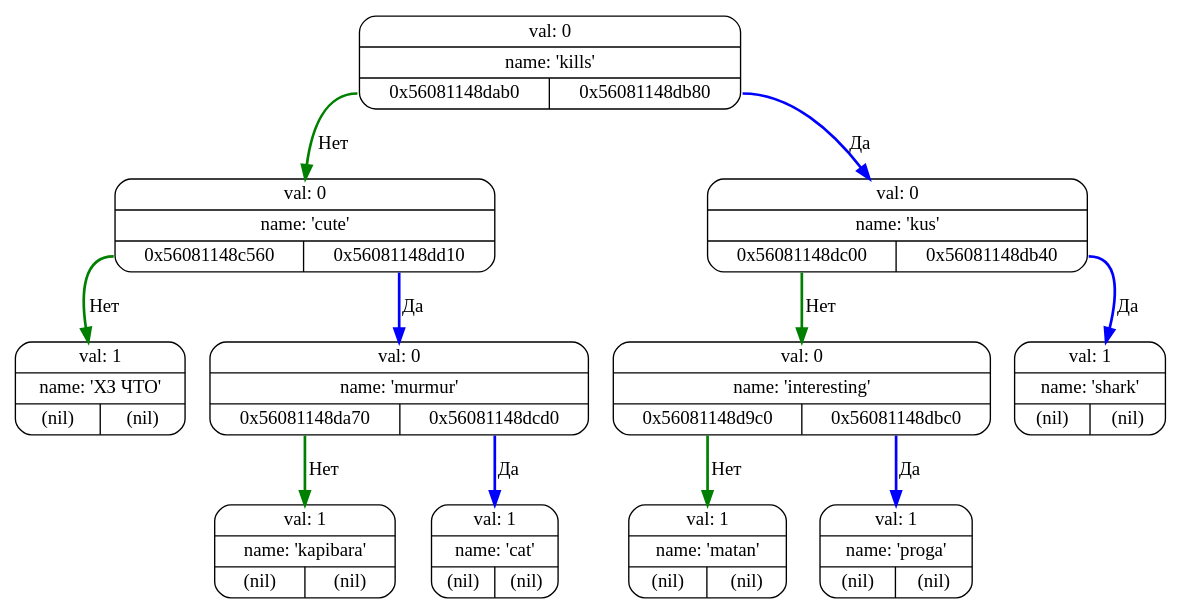
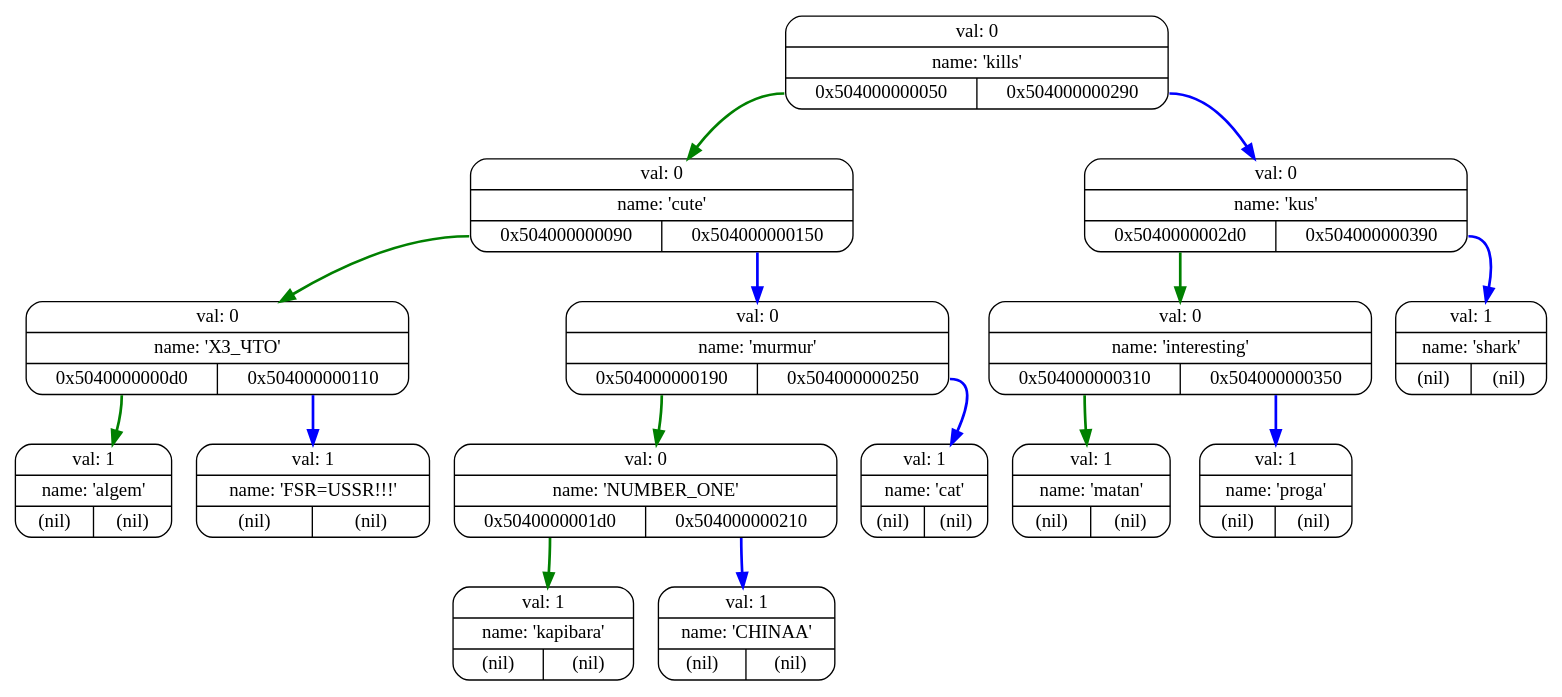
Before and after one commit to I1Va/akinator: the diagram in logs/graphviz_code_dir/0.dot, drawn with Graphviz. The commit also changed 17 other files, not shown here.

```diff
--- a/logs/graphviz_code_dir/0.dot
+++ b/logs/graphviz_code_dir/0.dot
@@ -1,24 +1,32 @@
 digraph G{
    rankdir=TB;
-   NODE0x56081148c560[pin=true,shape="Mrecord",label="{val: 1 | name: 'ХЗ ЧТО' | {<left> (nil) | <right> (nil)}}"];
-   NODE0x56081148d9c0[pin=true,shape="Mrecord",label="{val: 1 | name: 'matan' | {<left> (nil) | <right> (nil)}}"];
-   NODE0x56081148da00[pin=true,shape="Mrecord",label="{val: 0 | name: 'kills' | {<left> 0x56081148dab0 | <right> 0x56081148db80}}"];
-   NODE0x56081148da70[pin=true,shape="Mrecord",label="{val: 1 | name: 'kapibara' | {<left> (nil) | <right> (nil)}}"];
-   NODE0x56081148dab0[pin=true,shape="Mrecord",label="{val: 0 | name: 'cute' | {<left> 0x56081148c560 | <right> 0x56081148dd10}}"];
-   NODE0x56081148db40[pin=true,shape="Mrecord",label="{val: 1 | name: 'shark' | {<left> (nil) | <right> (nil)}}"];
-   NODE0x56081148db80[pin=true,shape="Mrecord",label="{val: 0 | name: 'kus' | {<left> 0x56081148dc00 | <right> 0x56081148db40}}"];
-   NODE0x56081148dbc0[pin=true,shape="Mrecord",label="{val: 1 | name: 'proga' | {<left> (nil) | <right> (nil)}}"];
-   NODE0x56081148dc00[pin=true,shape="Mrecord",label="{val: 0 | name: 'interesting' | {<left> 0x56081148d9c0 | <right> 0x56081148dbc0}}"];
-   NODE0x56081148dcd0[pin=true,shape="Mrecord",label="{val: 1 | name: 'cat' | {<left> (nil) | <right> (nil)}}"];
-   NODE0x56081148dd10[pin=true,shape="Mrecord",label="{val: 0 | name: 'murmur' | {<left> 0x56081148da70 | <right> 0x56081148dcd0}}"];
-   NODE0x56081148da00:left -> NODE0x56081148dab0 [color="green",penwidth=2,label="Нет"];
-   NODE0x56081148da00:right -> NODE0x56081148db80 [color="blue",penwidth=2,label="Да"];
-   NODE0x56081148dab0:left -> NODE0x56081148c560 [color="green",penwidth=2,label="Нет"];
-   NODE0x56081148dab0:right -> NODE0x56081148dd10 [color="blue",penwidth=2,label="Да"];
-   NODE0x56081148db80:left -> NODE0x56081148dc00 [color="green",penwidth=2,label="Нет"];
-   NODE0x56081148db80:right -> NODE0x56081148db40 [color="blue",penwidth=2,label="Да"];
-   NODE0x56081148dc00:left -> NODE0x56081148d9c0 [color="green",penwidth=2,label="Нет"];
-   NODE0x56081148dc00:right -> NODE0x56081148dbc0 [color="blue",penwidth=2,label="Да"];
-   NODE0x56081148dd10:left -> NODE0x56081148da70 [color="green",penwidth=2,label="Нет"];
-   NODE0x56081148dd10:right -> NODE0x56081148dcd0 [color="blue",penwidth=2,label="Да"];
+   NODE0x504000000010[pin=true,shape="Mrecord",label="{val: 0 | name: 'kills' | {<left> 0x504000000050 | <right> 0x504000000290}}"];
+   NODE0x504000000050[pin=true,shape="Mrecord",label="{val: 0 | name: 'cute' | {<left> 0x504000000090 | <right> 0x504000000150}}"];
+   NODE0x504000000090[pin=true,shape="Mrecord",label="{val: 0 | name: 'ХЗ_ЧТО' | {<left> 0x5040000000d0 | <right> 0x504000000110}}"];
+   NODE0x5040000000d0[pin=true,shape="Mrecord",label="{val: 1 | name: 'algem' | {<left> (nil) | <right> (nil)}}"];
+   NODE0x504000000110[pin=true,shape="Mrecord",label="{val: 1 | name: 'FSR=USSR!!!' | {<left> (nil) | <right> (nil)}}"];
+   NODE0x504000000150[pin=true,shape="Mrecord",label="{val: 0 | name: 'murmur' | {<left> 0x504000000190 | <right> 0x504000000250}}"];
+   NODE0x504000000190[pin=true,shape="Mrecord",label="{val: 0 | name: 'NUMBER_ONE' | {<left> 0x5040000001d0 | <right> 0x504000000210}}"];
+   NODE0x5040000001d0[pin=true,shape="Mrecord",label="{val: 1 | name: 'kapibara' | {<left> (nil) | <right> (nil)}}"];
+   NODE0x504000000210[pin=true,shape="Mrecord",label="{val: 1 | name: 'CHINAA' | {<left> (nil) | <right> (nil)}}"];
+   NODE0x504000000250[pin=true,shape="Mrecord",label="{val: 1 | name: 'cat' | {<left> (nil) | <right> (nil)}}"];
+   NODE0x504000000290[pin=true,shape="Mrecord",label="{val: 0 | name: 'kus' | {<left> 0x5040000002d0 | <right> 0x504000000390}}"];
+   NODE0x5040000002d0[pin=true,shape="Mrecord",label="{val: 0 | name: 'interesting' | {<left> 0x504000000310 | <right> 0x504000000350}}"];
+   NODE0x504000000310[pin=true,shape="Mrecord",label="{val: 1 | name: 'matan' | {<left> (nil) | <right> (nil)}}"];
+   NODE0x504000000350[pin=true,shape="Mrecord",label="{val: 1 | name: 'proga' | {<left> (nil) | <right> (nil)}}"];
+   NODE0x504000000390[pin=true,shape="Mrecord",label="{val: 1 | name: 'shark' | {<left> (nil) | <right> (nil)}}"];
+   NODE0x504000000010:left -> NODE0x504000000050 [color="green",penwidth=2];
+   NODE0x504000000010:right -> NODE0x504000000290 [color="blue",penwidth=2];
+   NODE0x504000000050:left -> NODE0x504000000090 [color="green",penwidth=2];
+   NODE0x504000000050:right -> NODE0x504000000150 [color="blue",penwidth=2];
+   NODE0x504000000090:left -> NODE0x5040000000d0 [color="green",penwidth=2];
+   NODE0x504000000090:right -> NODE0x504000000110 [color="blue",penwidth=2];
+   NODE0x504000000150:left -> NODE0x504000000190 [color="green",penwidth=2];
+   NODE0x504000000150:right -> NODE0x504000000250 [color="blue",penwidth=2];
+   NODE0x504000000190:left -> NODE0x5040000001d0 [color="green",penwidth=2];
+   NODE0x504000000190:right -> NODE0x504000000210 [color="blue",penwidth=2];
+   NODE0x504000000290:left -> NODE0x5040000002d0 [color="green",penwidth=2];
+   NODE0x504000000290:right -> NODE0x504000000390 [color="blue",penwidth=2];
+   NODE0x5040000002d0:left -> NODE0x504000000310 [color="green",penwidth=2];
+   NODE0x5040000002d0:right -> NODE0x504000000350 [color="blue",penwidth=2];
 }
```
